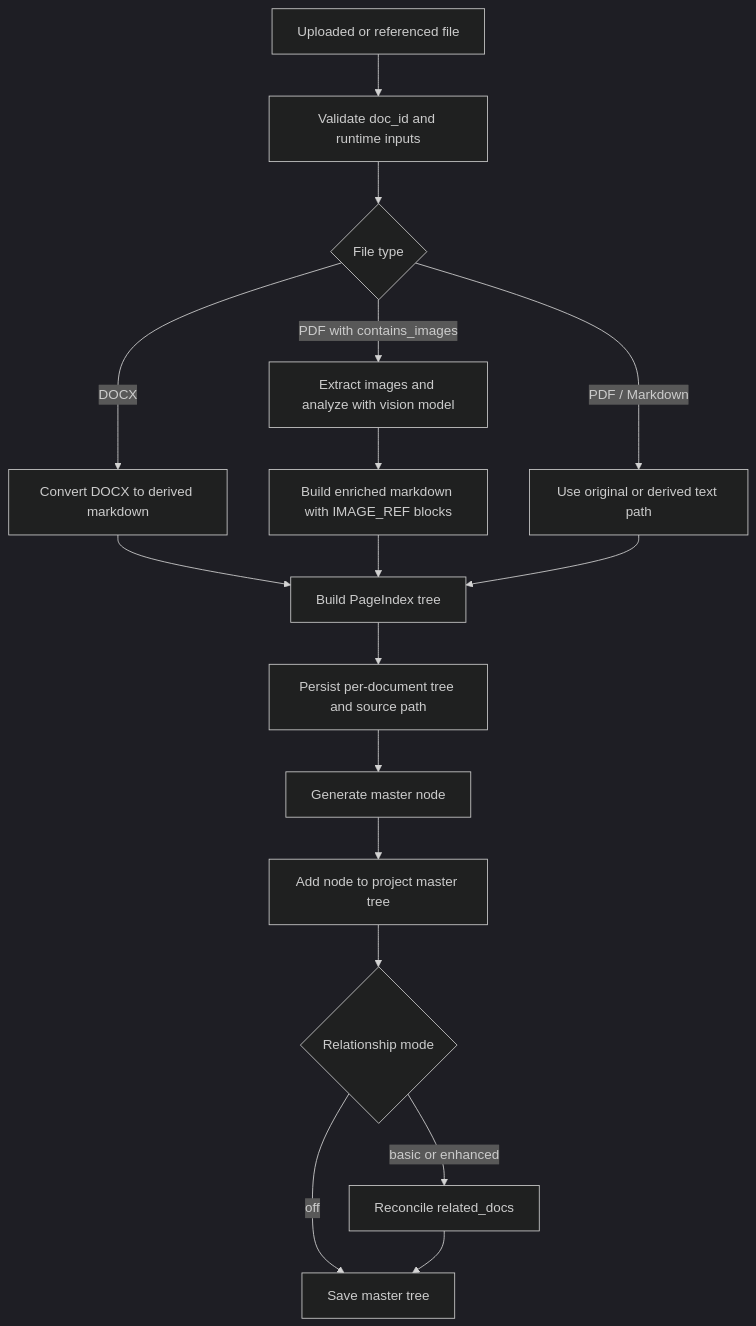
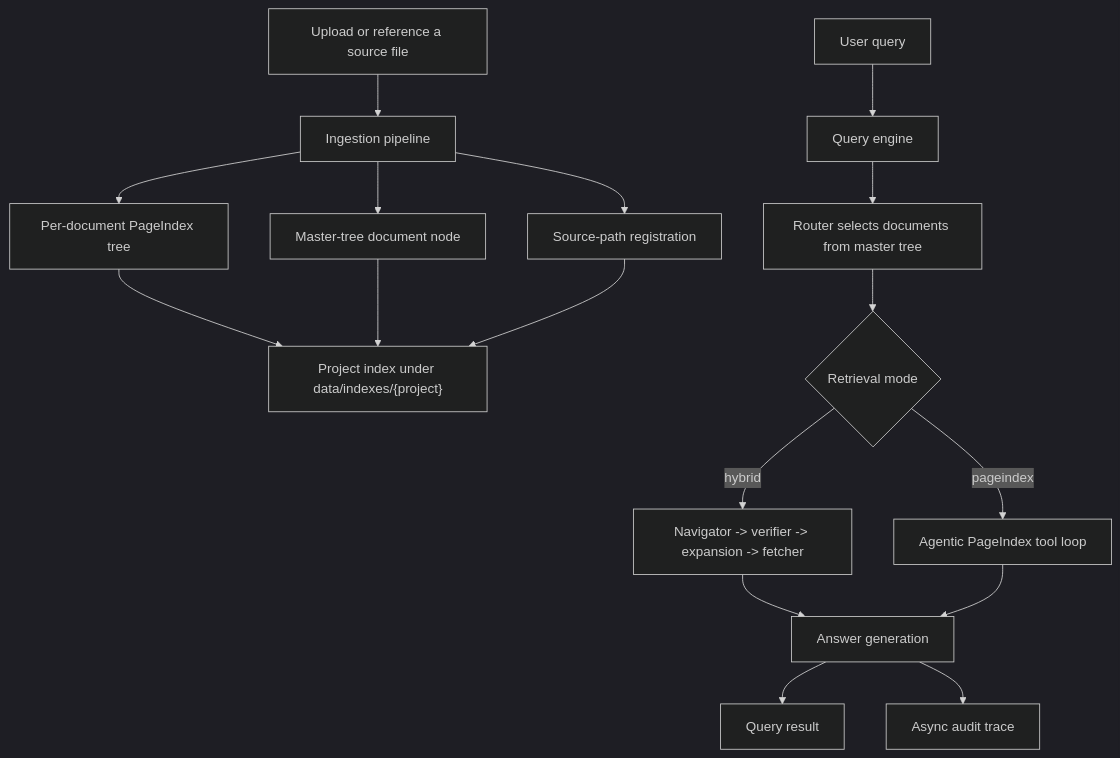
The second of 3 diagrams in docs/architecture-map.md (iluko/DocIndex), drawn with Mermaid (dark theme) before and after one commit. The commit also changed other lines of this file and 16 other files, not shown here.

````diff
--- a/docs/architecture-map.md
+++ b/docs/architecture-map.md
@@ -49,19 +67,20 @@
 ```mermaid
 flowchart TD
-    A["Uploaded or referenced file"] --> B["Validate doc_id and runtime inputs"]
-    B --> C{"File type"}
-    C -->|DOCX| D["Convert DOCX to derived markdown"]
-    C -->|PDF with contains_images| E["Extract images and analyze with vision model"]
-    C -->|PDF / Markdown| F["Use original or derived text path"]
-    D --> G["Build PageIndex tree"]
-    E --> H["Build enriched markdown with IMAGE_REF blocks"]
-    H --> G
-    F --> G
-    G --> I["Persist per-document tree and source path"]
-    I --> J["Generate master node"]
-    J --> K["Add node to project master tree"]
-    K --> L{"Relationship mode"}
-    L -->|off| M["Save master tree"]
-    L -->|basic or enhanced| N["Reconcile related_docs"]
-    N --> M
+    A["Upload or reference a source file"] --> B["Ingestion pipeline"]
+    B --> C["Per-document PageIndex tree"]
+    B --> D["Master-tree document node"]
+    B --> E["Source-path registration"]
+    C --> F["Project index under data/indexes/{project}"]
+    D --> F
+    E --> F
+
+    G["User query"] --> H["Query engine"]
+    H --> I["Router selects documents from master tree"]
+    I --> J{"Retrieval mode"}
+    J -->|hybrid| K["Navigator -> verifier -> expansion -> fetcher"]
+    J -->|pageindex| L["Agentic PageIndex tool loop"]
+    K --> M["Answer generation"]
+    L --> M
+    M --> N["Query result"]
+    M --> O["Async audit trace"]
 ```
````
